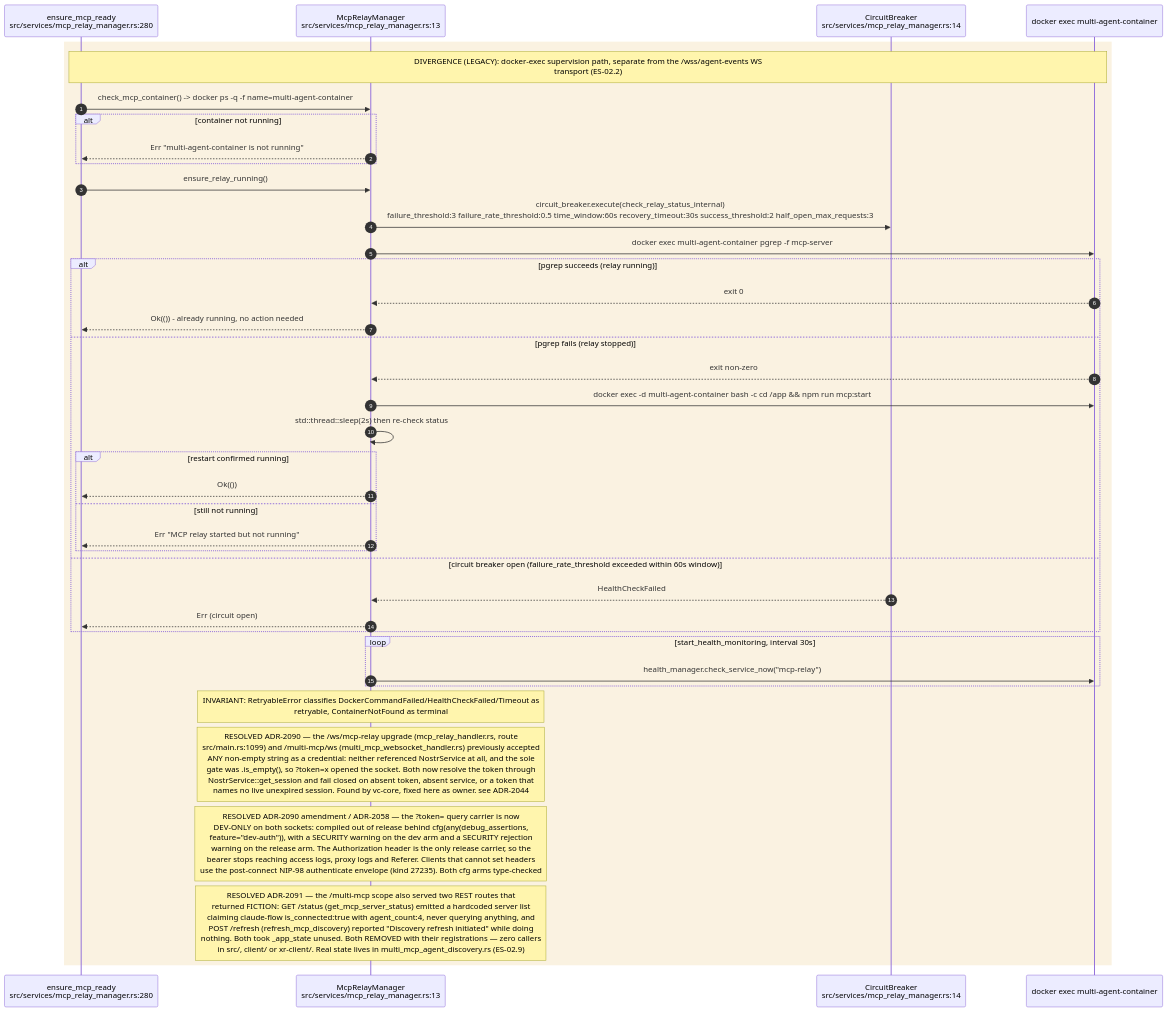
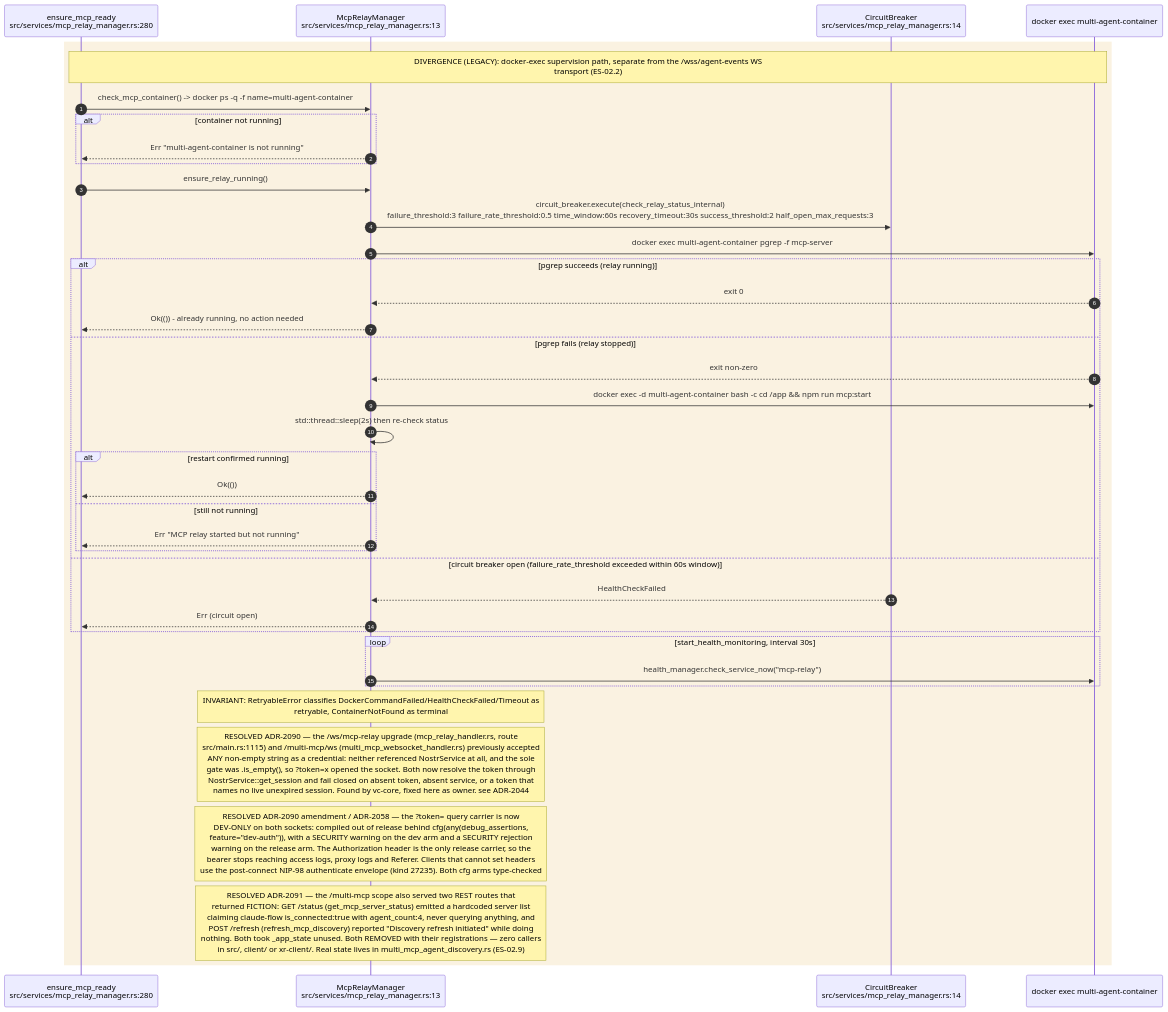
The seventh of 12 diagrams in docs/diagrams/estate/02-agent-events-agentbox-to-visionclaw.md (DreamLab-AI/VisionFlow), drawn with Mermaid before and after one commit. The commit also changed other lines of this file and 160 other files, not shown here.

````diff
--- a/docs/diagrams/estate/02-agent-events-agentbox-to-visionclaw.md
+++ b/docs/diagrams/estate/02-agent-events-agentbox-to-visionclaw.md
@@ -317,42 +325,42 @@
 ```mermaid
 sequenceDiagram
     autonumber
     participant CALL as ensure_mcp_ready<br/>src/services/mcp_relay_manager.rs:280
     participant MGR as McpRelayManager<br/>src/services/mcp_relay_manager.rs:13
     participant CB as CircuitBreaker<br/>src/services/mcp_relay_manager.rs:14
     participant DOCKER as docker exec multi-agent-container
 
     rect rgb(250,242,225)
     Note over CALL,DOCKER: DIVERGENCE (LEGACY): docker-exec supervision path, separate from the /wss/agent-events WS<br/>transport (ES-02.2)
     CALL->>MGR: check_mcp_container() -> docker ps -q -f name=multi-agent-container
     alt container not running
         MGR-->>CALL: Err "multi-agent-container is not running"
     end
     CALL->>MGR: ensure_relay_running()
     MGR->>CB: circuit_breaker.execute(check_relay_status_internal)<br/>failure_threshold:3 failure_rate_threshold:0.5 time_window:60s recovery_timeout:30s success_threshold:2 half_open_max_requests:3
     MGR->>DOCKER: docker exec multi-agent-container pgrep -f mcp-server
     alt pgrep succeeds (relay running)
         DOCKER-->>MGR: exit 0
         MGR-->>CALL: Ok(()) - already running, no action needed
     else pgrep fails (relay stopped)
         DOCKER-->>MGR: exit non-zero
         MGR->>DOCKER: docker exec -d multi-agent-container bash -c cd /app && npm run mcp:start
         MGR->>MGR: std::thread::sleep(2s) then re-check status
         alt restart confirmed running
             MGR-->>CALL: Ok(())
         else still not running
             MGR-->>CALL: Err "MCP relay started but not running"
         end
     else circuit breaker open (failure_rate_threshold exceeded within 60s window)
         CB-->>MGR: HealthCheckFailed
         MGR-->>CALL: Err (circuit open)
     end
     loop start_health_monitoring, interval 30s
         MGR->>DOCKER: health_manager.check_service_now("mcp-relay")
     end
     Note over MGR: INVARIANT: RetryableError classifies DockerCommandFailed/HealthCheckFailed/Timeout as<br/>retryable, ContainerNotFound as terminal
-    Note over MGR: RESOLVED ADR-2090 — the /ws/mcp-relay upgrade (mcp_relay_handler.rs, route<br/>src/main.rs:1099) and /multi-mcp/ws (multi_mcp_websocket_handler.rs) previously accepted<br/>ANY non-empty string as a credential: neither referenced NostrService at all, and the sole<br/>gate was .is_empty(), so ?token=x opened the socket. Both now resolve the token through<br/>NostrService::get_session and fail closed on absent token, absent service, or a token that<br/>names no live unexpired session. Found by vc-core, fixed here as owner. see ADR-2044
+    Note over MGR: RESOLVED ADR-2090 — the /ws/mcp-relay upgrade (mcp_relay_handler.rs, route<br/>src/main.rs:1115) and /multi-mcp/ws (multi_mcp_websocket_handler.rs) previously accepted<br/>ANY non-empty string as a credential: neither referenced NostrService at all, and the sole<br/>gate was .is_empty(), so ?token=x opened the socket. Both now resolve the token through<br/>NostrService::get_session and fail closed on absent token, absent service, or a token that<br/>names no live unexpired session. Found by vc-core, fixed here as owner. see ADR-2044
     Note over MGR: RESOLVED ADR-2090 amendment / ADR-2058 — the ?token= query carrier is now<br/>DEV-ONLY on both sockets: compiled out of release behind cfg(any(debug_assertions,<br/>feature="dev-auth")), with a SECURITY warning on the dev arm and a SECURITY rejection<br/>warning on the release arm. The Authorization header is the only release carrier, so the<br/>bearer stops reaching access logs, proxy logs and Referer. Clients that cannot set headers<br/>use the post-connect NIP-98 authenticate envelope (kind 27235). Both cfg arms type-checked
     Note over MGR: RESOLVED ADR-2091 — the /multi-mcp scope also served two REST routes that<br/>returned FICTION: GET /status (get_mcp_server_status) emitted a hardcoded server list<br/>claiming claude-flow is_connected:true with agent_count:4, never querying anything, and<br/>POST /refresh (refresh_mcp_discovery) reported "Discovery refresh initiated" while doing<br/>nothing. Both took _app_state unused. Both REMOVED with their registrations — zero callers<br/>in src/, client/ or xr-client/. Real state lives in multi_mcp_agent_discovery.rs (ES-02.9)
     end
 ```
````
